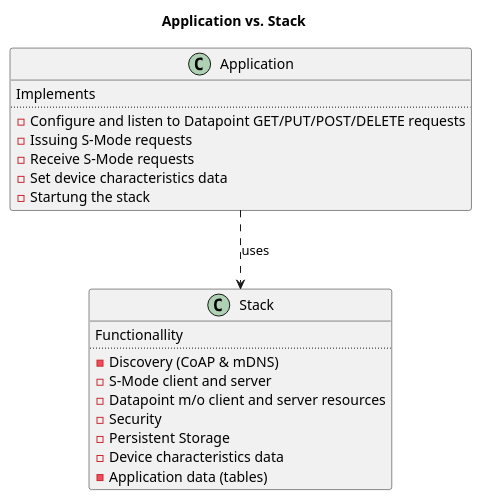
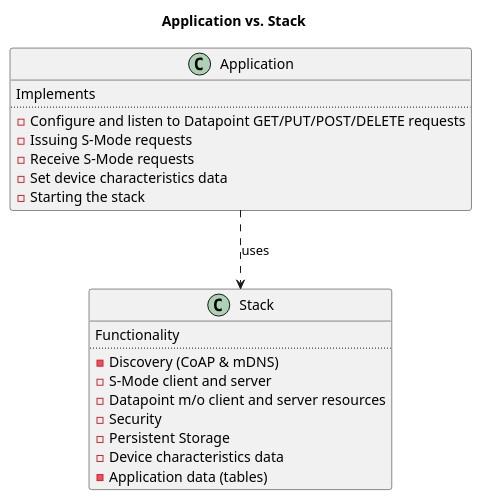
Before and after one commit to Adam-Maciuga/sdk-knx-iot-point-api-stack: the second of 3 diagrams in README.md, drawn with PlantUML. The commit also changed other lines of this file, not shown here.

````diff
--- a/README.md
+++ b/README.md
@@ -54,33 +54,33 @@
 ```plantuml
 @startuml
 
 title Application vs. Stack 
 
 class Application 
 {
   Implements
   ..
   - Configure and listen to Datapoint GET/PUT/POST/DELETE requests
   - Issuing S-Mode requests
   - Receive S-Mode requests
   - Set device characteristics data
-  - Startung the stack
+  - Starting the stack
 }
 
 class Stack 
 {
-  Functionallity
+  Functionality
   ..
   - Discovery (CoAP & mDNS)
   - S-Mode client and server
   - Datapoint m/o client and server resources
   - Security  
   - Persistent Storage
   - Device characteristics data
   - Application data (tables)
 }
 
 Application ..> Stack : uses
 
 @enduml
 ```
````
